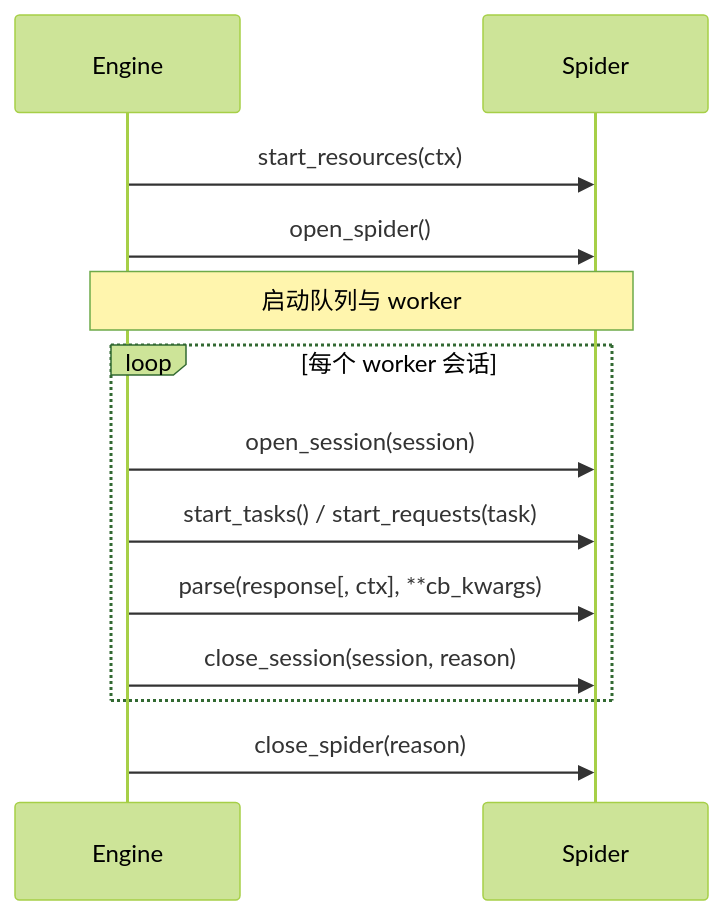
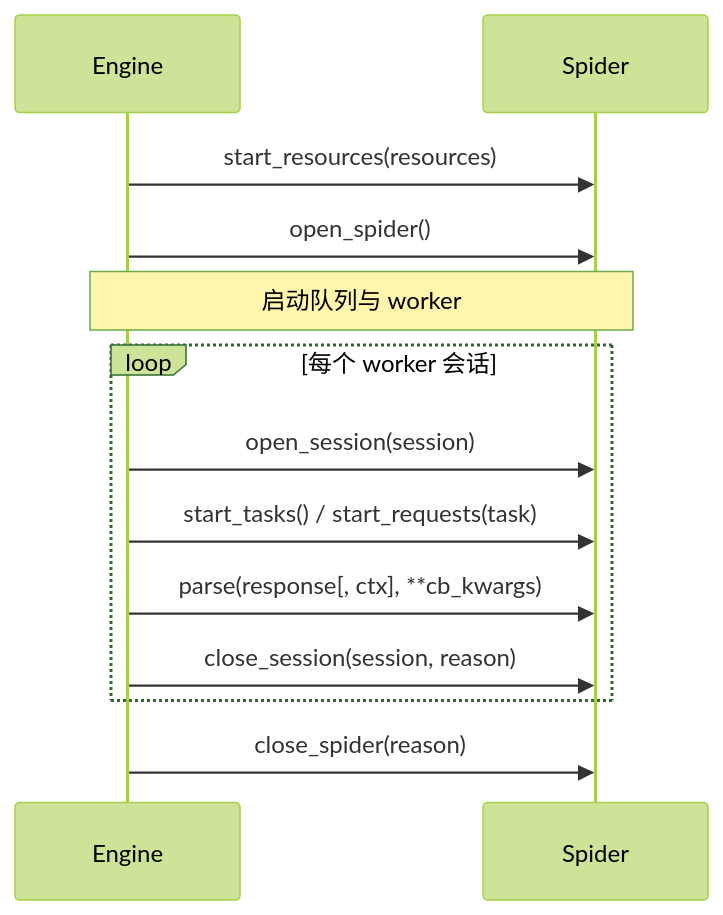
The diagram in docs/reference/spider.md (kusen-alpha/pcrawl), drawn with Mermaid (forest theme) before and after one commit. The commit also changed other lines of this file and 21 other files, not shown here.

````diff
--- a/docs/reference/spider.md
+++ b/docs/reference/spider.md
@@ -27,15 +26,15 @@
 ```mermaid
 sequenceDiagram
     participant E as Engine
     participant S as Spider
-    E->>S: start_resources(ctx)
+    E->>S: start_resources(resources)
     E->>S: open_spider()
     Note over E,S: 启动队列与 worker
     loop 每个 worker 会话
         E->>S: open_session(session)
         E->>S: start_tasks() / start_requests(task)
         E->>S: parse(response[, ctx], **cb_kwargs)
         E->>S: close_session(session, reason)
     end
     E->>S: close_spider(reason)
 ```
````
